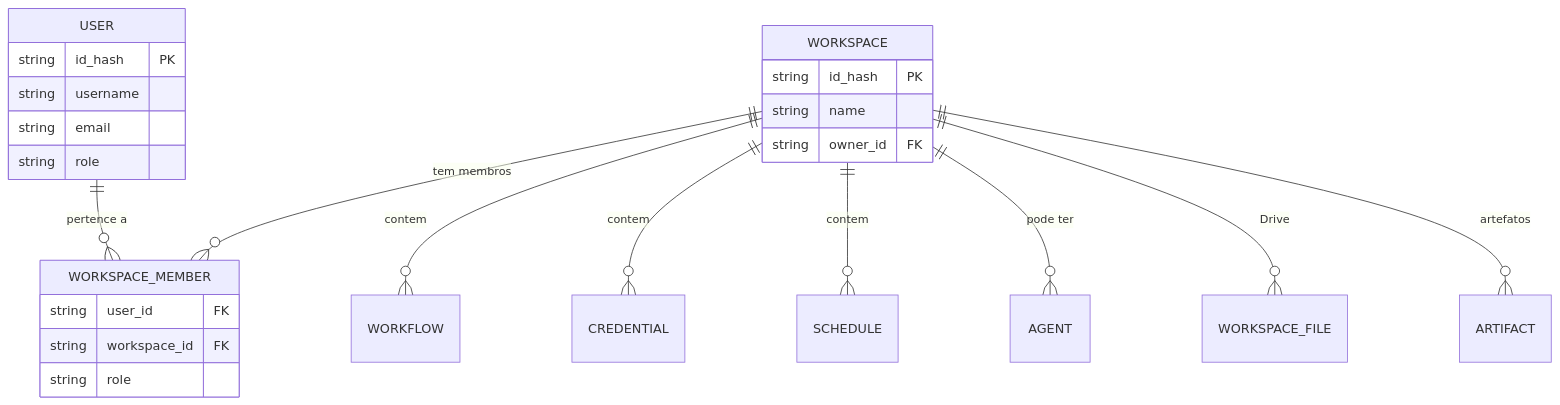
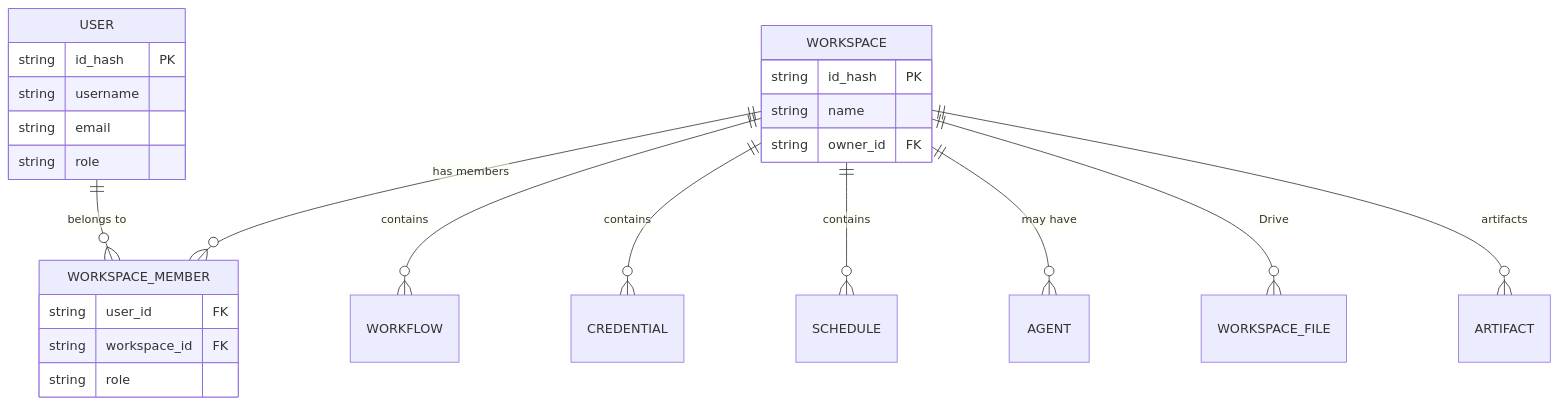
Before and after one commit to jlanio/atlans: diagram 12 of 15 in docs/architecture.md, drawn with Mermaid. The commit also changed other lines of this file and 41 other files, not shown here.

````diff
--- a/docs/architecture.md
+++ b/docs/architecture.md
@@ -1057,30 +1058,30 @@
 ```mermaid
 erDiagram
-    USER ||--o{ WORKSPACE_MEMBER : "pertence a"
-    WORKSPACE ||--o{ WORKSPACE_MEMBER : "tem membros"
-    WORKSPACE ||--o{ WORKFLOW : "contem"
-    WORKSPACE ||--o{ CREDENTIAL : "contem"
-    WORKSPACE ||--o{ SCHEDULE : "contem"
-    WORKSPACE ||--o{ AGENT : "pode ter"
+    USER ||--o{ WORKSPACE_MEMBER : "belongs to"
+    WORKSPACE ||--o{ WORKSPACE_MEMBER : "has members"
+    WORKSPACE ||--o{ WORKFLOW : "contains"
+    WORKSPACE ||--o{ CREDENTIAL : "contains"
+    WORKSPACE ||--o{ SCHEDULE : "contains"
+    WORKSPACE ||--o{ AGENT : "may have"
     WORKSPACE ||--o{ WORKSPACE_FILE : "Drive"
-    WORKSPACE ||--o{ ARTIFACT : "artefatos"
+    WORKSPACE ||--o{ ARTIFACT : "artifacts"
 
     USER {
         string id_hash PK
         string username
         string email
         string role
     }
 
     WORKSPACE {
         string id_hash PK
         string name
         string owner_id FK
     }
 
     WORKSPACE_MEMBER {
         string user_id FK
         string workspace_id FK
         string role
     }
 ```
````
